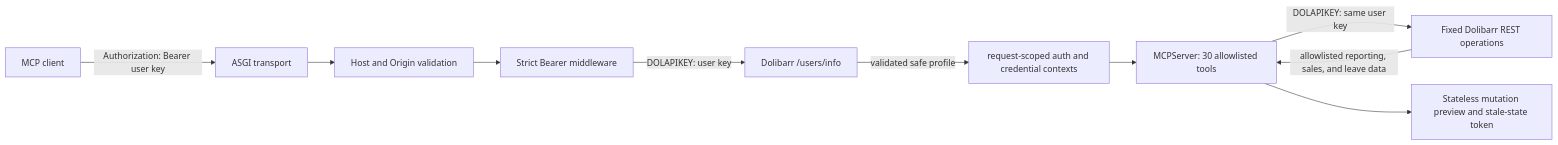
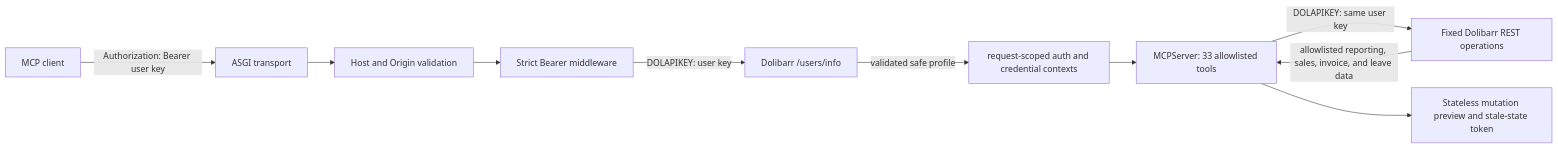
Before and after one commit to TestMasterAmberteam/dolibarr-mcp-server: the diagram in README.md, drawn with Mermaid. The commit also changed other lines of this file and 23 other files, not shown here.

````diff
--- a/README.md
+++ b/README.md
@@ -38,12 +39,12 @@
 ```mermaid
 flowchart LR
     C[MCP client] -->|Authorization: Bearer user key| A[ASGI transport]
     A --> H[Host and Origin validation]
     H --> B[Strict Bearer middleware]
     B -->|DOLAPIKEY: user key| D[Dolibarr /users/info]
     D -->|validated safe profile| X[request-scoped auth and credential contexts]
-    X --> M[MCPServer: 30 allowlisted tools]
+    X --> M[MCPServer: 33 allowlisted tools]
     M -->|DOLAPIKEY: same user key| R[Fixed Dolibarr REST operations]
-    R -->|allowlisted reporting, sales, and leave data| M
+    R -->|allowlisted reporting, sales, invoice, and leave data| M
     M --> P[Stateless mutation preview and stale-state token]
 ```
````
